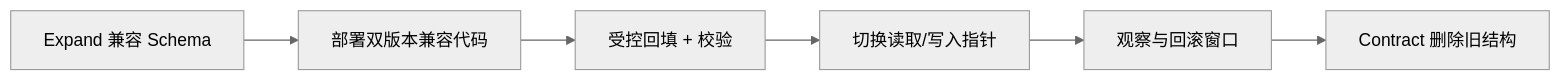
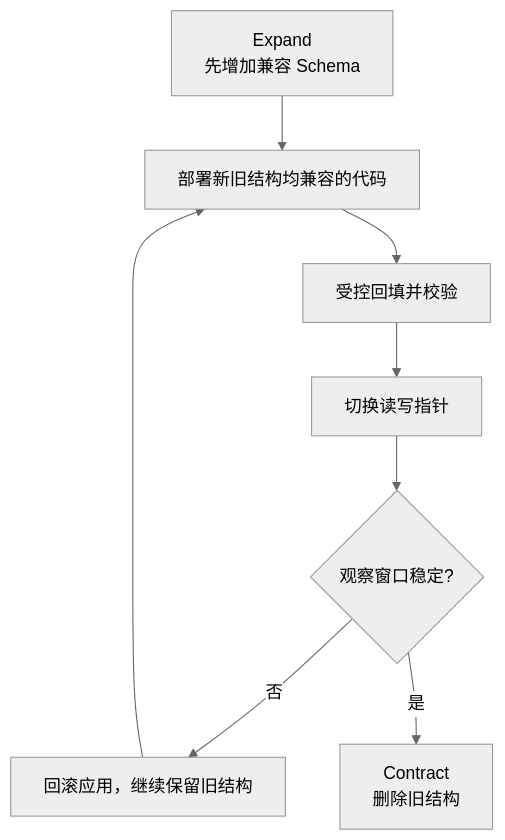
Before and after one commit to wujinjun/ai-agent-book: the sixth of 6 diagrams in docs/part-05-engineering/ch26-docker-deployment.md, drawn with Mermaid (neutral theme). The commit also changed other lines of this file and 536 other files, not shown here.

````diff
--- a/docs/part-05-engineering/ch26-docker-deployment.md
+++ b/docs/part-05-engineering/ch26-docker-deployment.md
@@ -237,11 +239,13 @@
 ```mermaid
 %% id: deployment-schema-expand-contract
 %% title: 滚动发布中的 Expand/Migrate/Contract
 %% alt: 先扩展兼容 Schema，再部署新旧兼容代码和回填，验证后切换读取，观察期结束才删除旧字段，回滚始终保留旧路径
-flowchart LR
-    Expand[Expand 兼容 Schema] --> Compat[部署双版本兼容代码]
-    Compat --> Backfill[受控回填 + 校验]
-    Backfill --> Switch[切换读取/写入指针]
-    Switch --> Observe[观察与回滚窗口]
-    Observe --> Contract[Contract 删除旧结构]
+flowchart TB
+    Expand["Expand<br/>先增加兼容 Schema"] --> Compat["部署新旧结构均兼容的代码"]
+    Compat --> Backfill["受控回填并校验"]
+    Backfill --> Switch["切换读写指针"]
+    Switch --> Observe{"观察窗口稳定?"}
+    Observe -->|否| Rollback["回滚应用，继续保留旧结构"]
+    Rollback --> Compat
+    Observe -->|是| Contract["Contract<br/>删除旧结构"]
 ```
````
